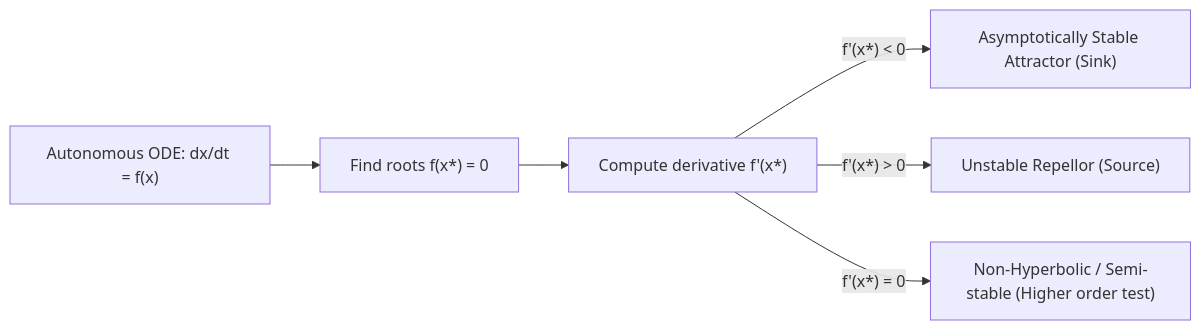
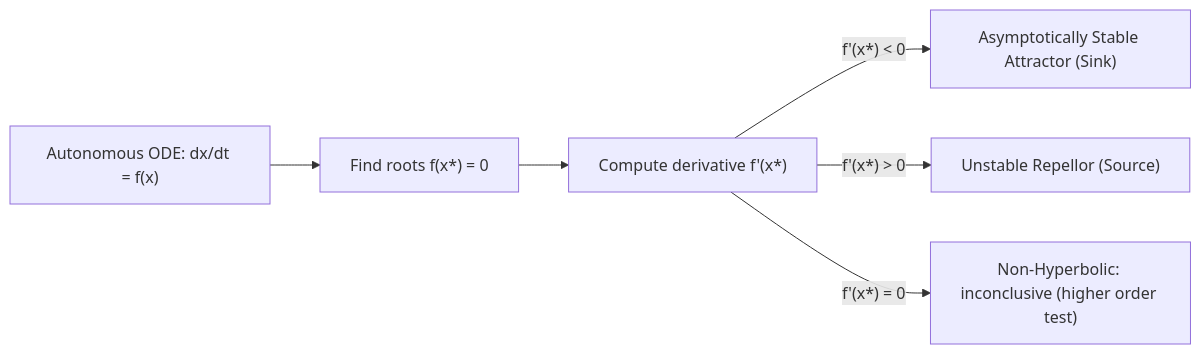
The first of 2 diagrams in vault/04 - Advanced Maths/Concepto - Analisis Cualitativo de EDOs Autonomas y Estabilidad.md (251-B/AerospaceEngineering), drawn with Mermaid before and after one commit. The commit also changed other lines of this file and 18 other files, not shown here.

````diff
--- a/vault/04 - Advanced Maths/Concepto - Analisis Cualitativo de EDOs Autonomas y Estabilidad.md
+++ b/vault/04 - Advanced Maths/Concepto - Analisis Cualitativo de EDOs Autonomas y Estabilidad.md
@@ -40,8 +40,8 @@
 ```mermaid
 flowchart LR
     VectorField["Autonomous ODE: dx/dt = f(x)"] --> Roots["Find roots f(x*) = 0"]
     Roots --> Eval["Compute derivative f'(x*)"]
     Eval -- "f'(x*) < 0" --> Stable["Asymptotically Stable Attractor (Sink)"]
     Eval -- "f'(x*) > 0" --> Unstable["Unstable Repellor (Source)"]
-    Eval -- "f'(x*) = 0" --> Semi["Non-Hyperbolic / Semi-stable (Higher order test)"]
+    Eval -- "f'(x*) = 0" --> Semi["Non-Hyperbolic: inconclusive (higher order test)"]
 ```
````
